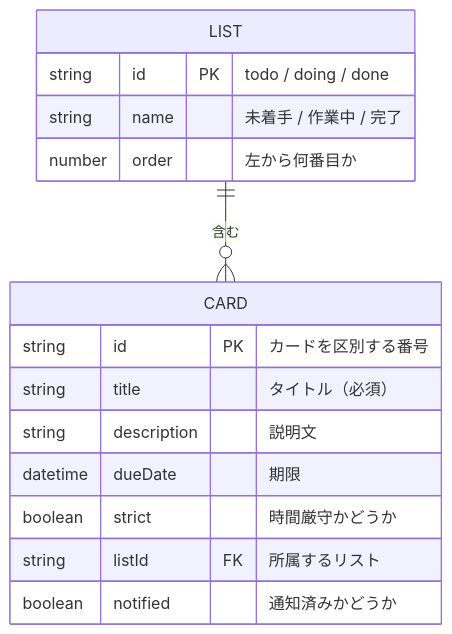
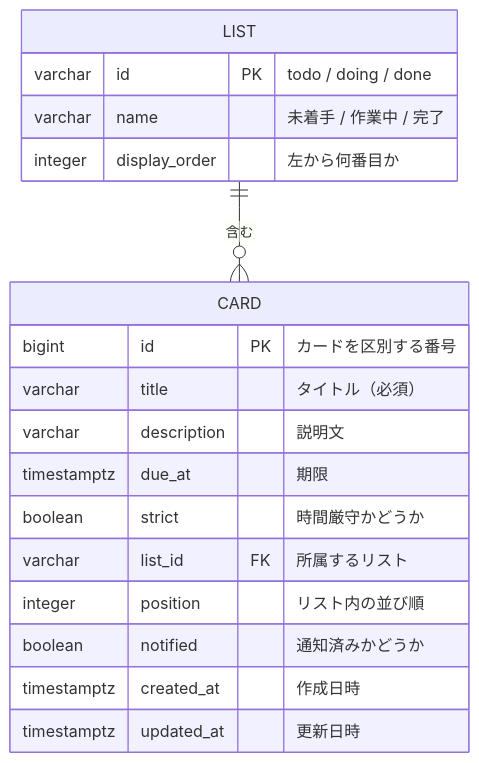
Before and after one commit to mk242329/taskmanagement: the diagram in docs/design/database.md, drawn with Mermaid. The commit also changed other lines of this file and 7 other files, not shown here.

````diff
--- a/docs/design/database.md
+++ b/docs/design/database.md
@@ -24,18 +25,21 @@
 ```mermaid
 erDiagram
     LIST ||--o{ CARD : "含む"
     LIST {
-        string id PK "todo / doing / done"
-        string name "未着手 / 作業中 / 完了"
-        number order "左から何番目か"
+        varchar id PK "todo / doing / done"
+        varchar name "未着手 / 作業中 / 完了"
+        integer display_order "左から何番目か"
     }
     CARD {
-        string id PK "カードを区別する番号"
-        string title "タイトル（必須）"
-        string description "説明文"
-        datetime dueDate "期限"
+        bigint id PK "カードを区別する番号"
+        varchar title "タイトル（必須）"
+        varchar description "説明文"
+        timestamptz due_at "期限"
         boolean strict "時間厳守かどうか"
-        string listId FK "所属するリスト"
+        varchar list_id FK "所属するリスト"
+        integer position "リスト内の並び順"
         boolean notified "通知済みかどうか"
+        timestamptz created_at "作成日時"
+        timestamptz updated_at "更新日時"
     }
 ```
````
